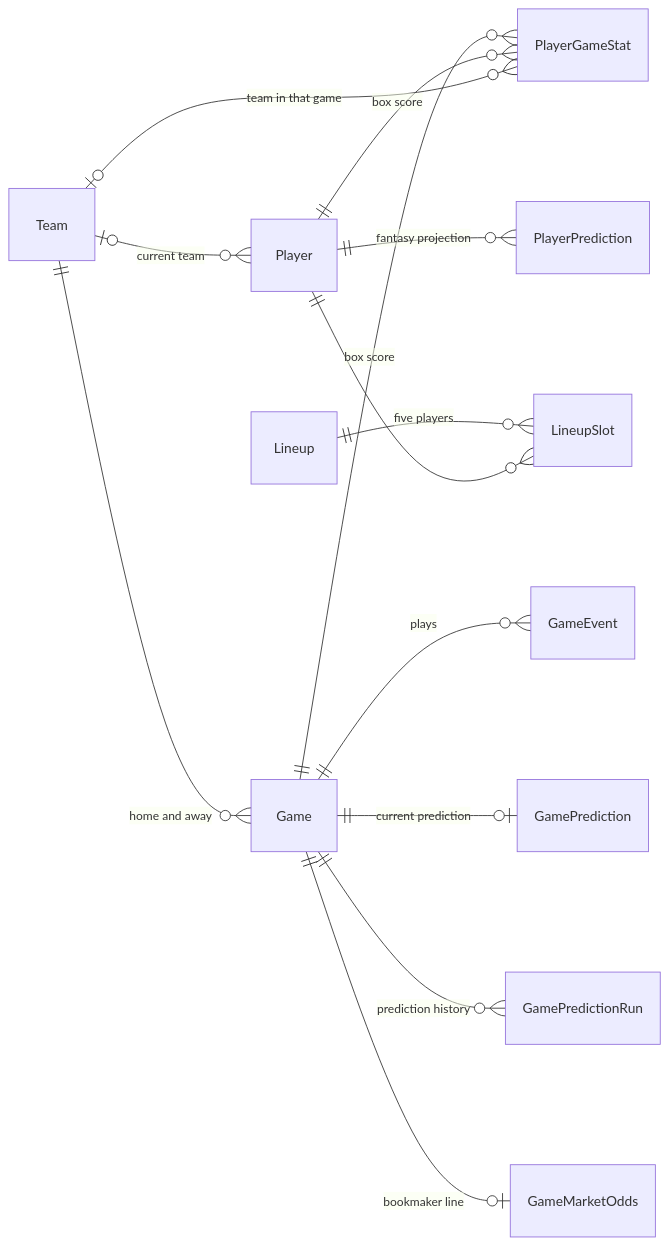
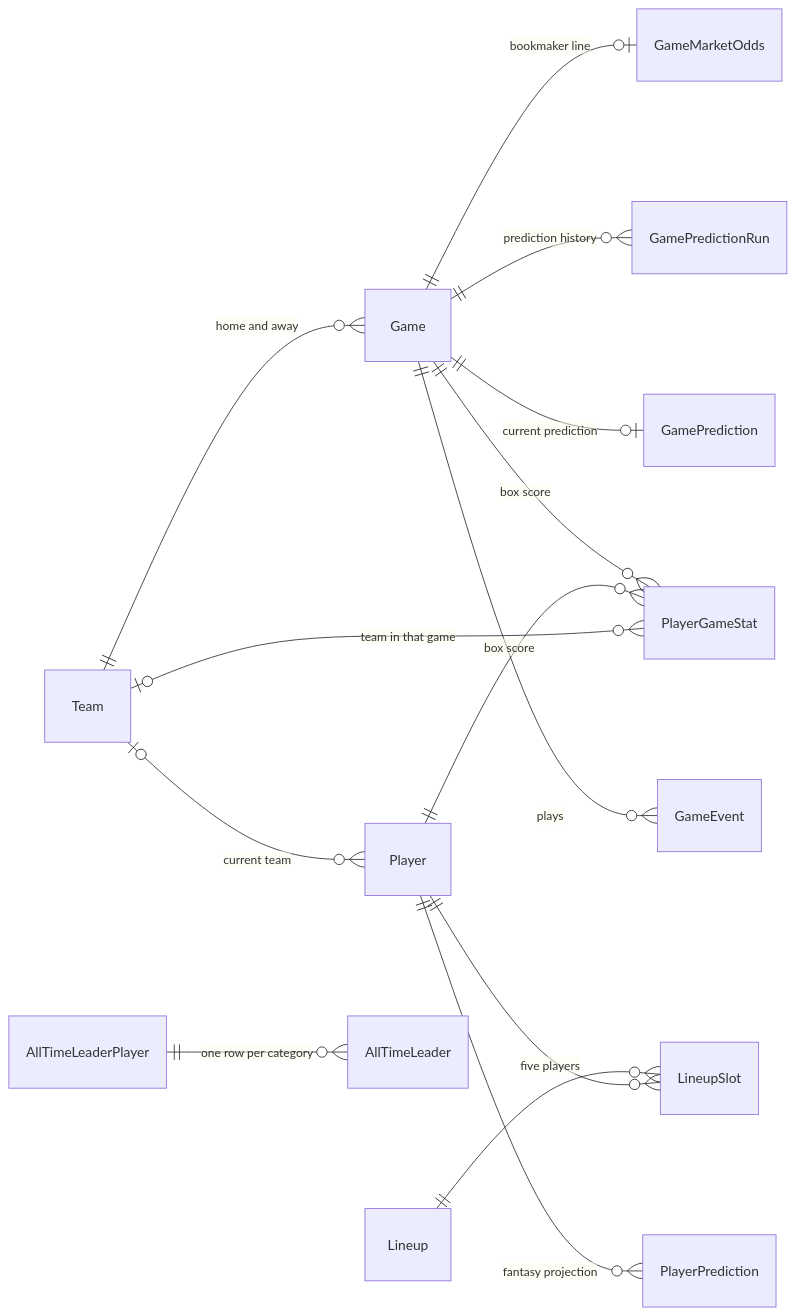
Before and after one commit to Sports-Analytics-Innovation-Platform/Innovation-Documentation-Website: the first of 5 diagrams in docs/design/erd.md, drawn with Mermaid. The commit also changed other lines of this file and 24 other files, not shown here.

````diff
--- a/docs/design/erd.md
+++ b/docs/design/erd.md
@@ -35,16 +35,17 @@
 ```mermaid
 erDiagram
     direction LR
     Team |o--o{ Player : "current team"
     Team ||--o{ Game : "home and away"
     Game ||--o{ GameEvent : "plays"
     Game ||--o{ PlayerGameStat : "box score"
     Player ||--o{ PlayerGameStat : "box score"
     Team |o--o{ PlayerGameStat : "team in that game"
     Game ||--o| GamePrediction : "current prediction"
     Game ||--o{ GamePredictionRun : "prediction history"
     Game ||--o| GameMarketOdds : "bookmaker line"
     Player ||--o{ PlayerPrediction : "fantasy projection"
     Lineup ||--o{ LineupSlot : "five players"
     Player ||--o{ LineupSlot : ""
+    AllTimeLeaderPlayer ||--o{ AllTimeLeader : "one row per category"
 ```
````
